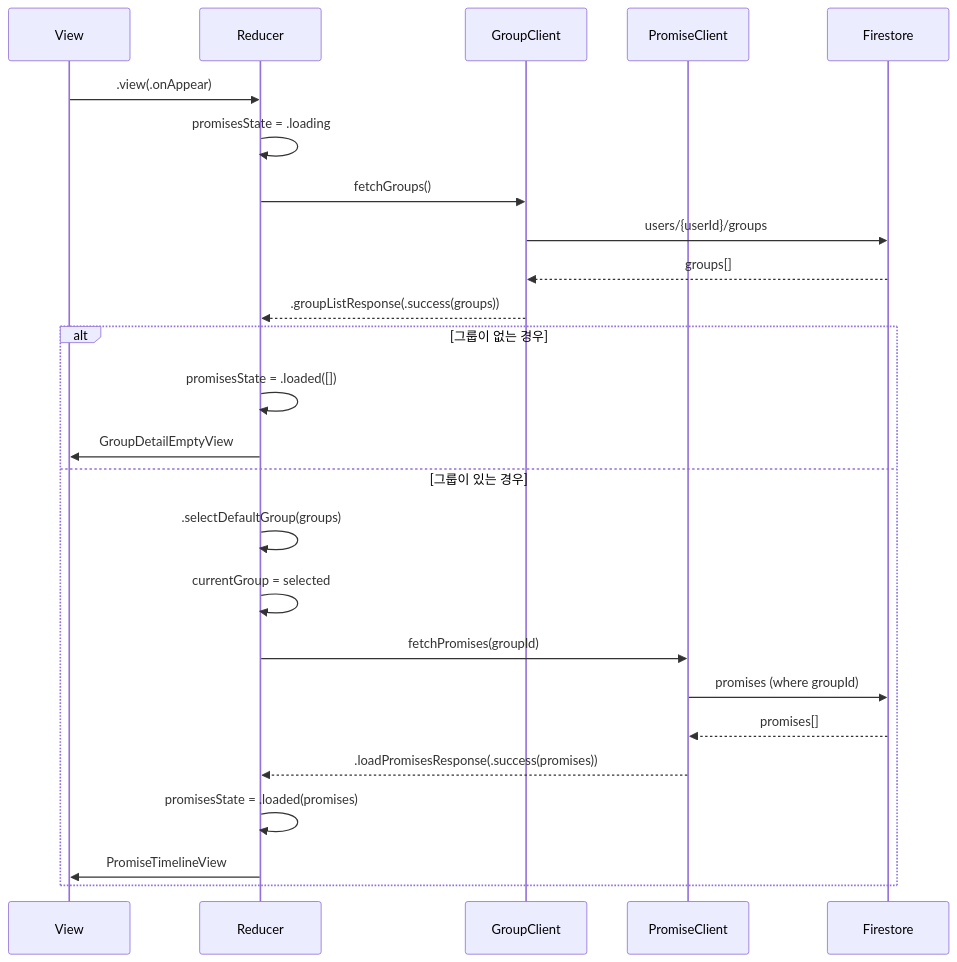
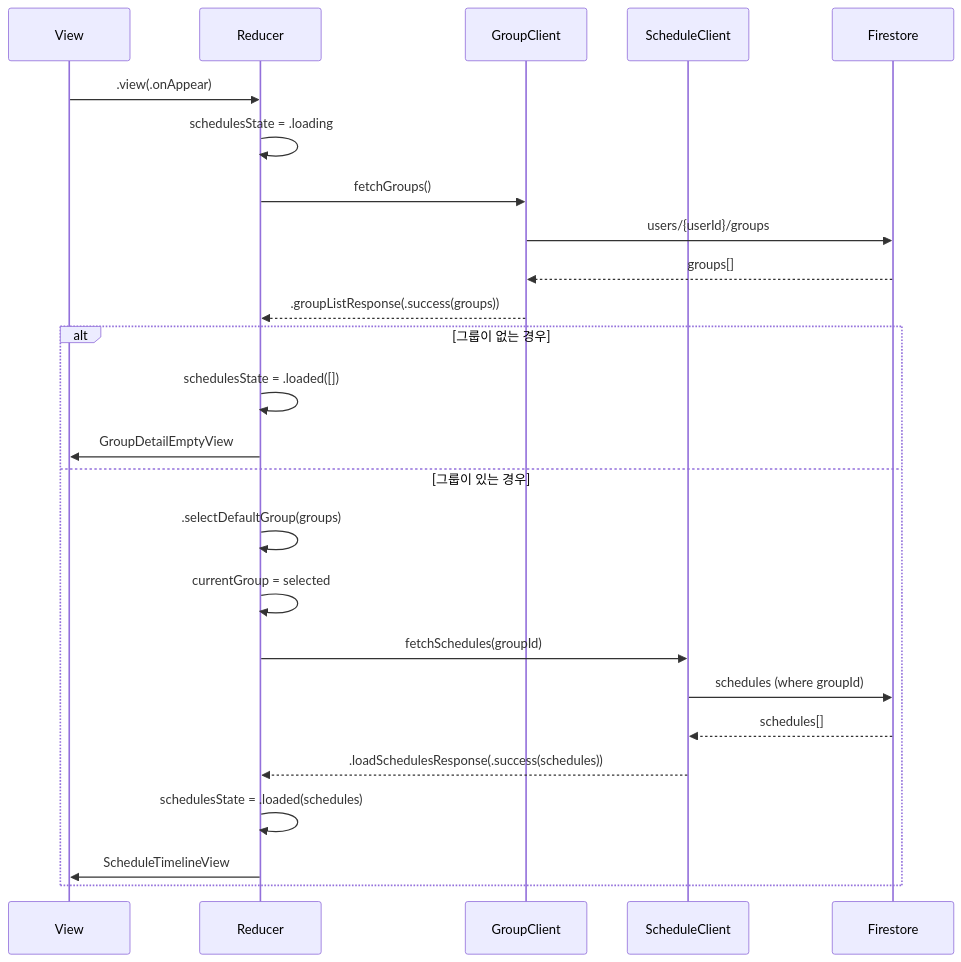
The diagram in Projects/Features/GroupFeature/Sources/GroupMain/State Flow.md (kswift1/Promiso), drawn with Mermaid before and after one commit. The commit also changed other lines of this file and 345 other files, not shown here.

````diff
--- a/Projects/Features/GroupFeature/Sources/GroupMain/State Flow.md
+++ b/Projects/Features/GroupFeature/Sources/GroupMain/State Flow.md
@@ -392,29 +392,29 @@
 ```mermaid
 sequenceDiagram
     participant V as View
     participant R as Reducer
     participant GC as GroupClient
-    participant PC as PromiseClient
+    participant PC as ScheduleClient
     participant FS as Firestore
 
     V->>R: .view(.onAppear)
-    R->>R: promisesState = .loading
+    R->>R: schedulesState = .loading
     R->>GC: fetchGroups()
     GC->>FS: users/{userId}/groups
     FS-->>GC: groups[]
     GC-->>R: .groupListResponse(.success(groups))
     
     alt 그룹이 없는 경우
-        R->>R: promisesState = .loaded([])
+        R->>R: schedulesState = .loaded([])
         R->>V: GroupDetailEmptyView
     else 그룹이 있는 경우
         R->>R: .selectDefaultGroup(groups)
         R->>R: currentGroup = selected
-        R->>PC: fetchPromises(groupId)
-        PC->>FS: promises (where groupId)
-        FS-->>PC: promises[]
-        PC-->>R: .loadPromisesResponse(.success(promises))
-        R->>R: promisesState = .loaded(promises)
-        R->>V: PromiseTimelineView
+        R->>PC: fetchSchedules(groupId)
+        PC->>FS: schedules (where groupId)
+        FS-->>PC: schedules[]
+        PC-->>R: .loadSchedulesResponse(.success(schedules))
+        R->>R: schedulesState = .loaded(schedules)
+        R->>V: ScheduleTimelineView
     end
 ```
````
